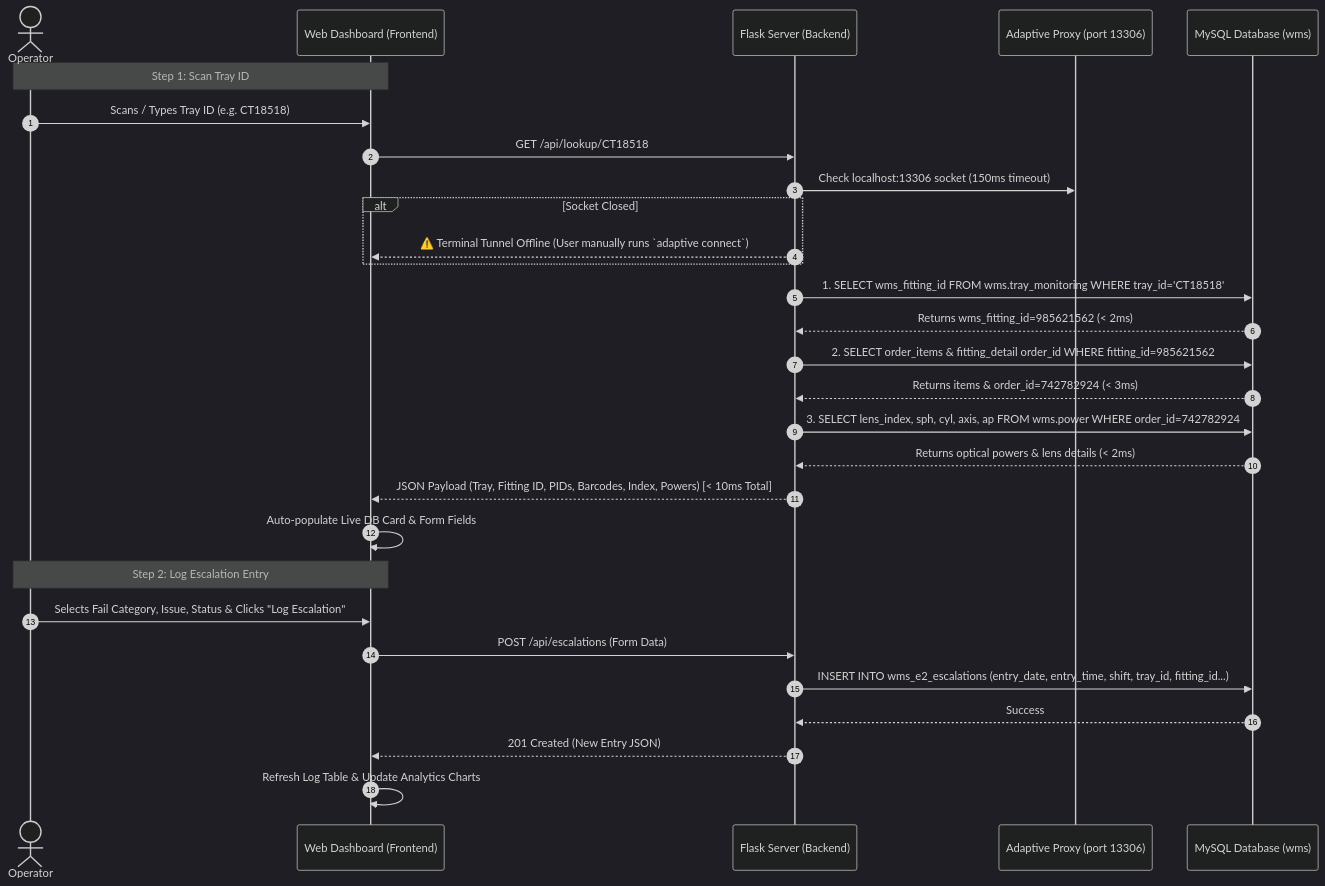
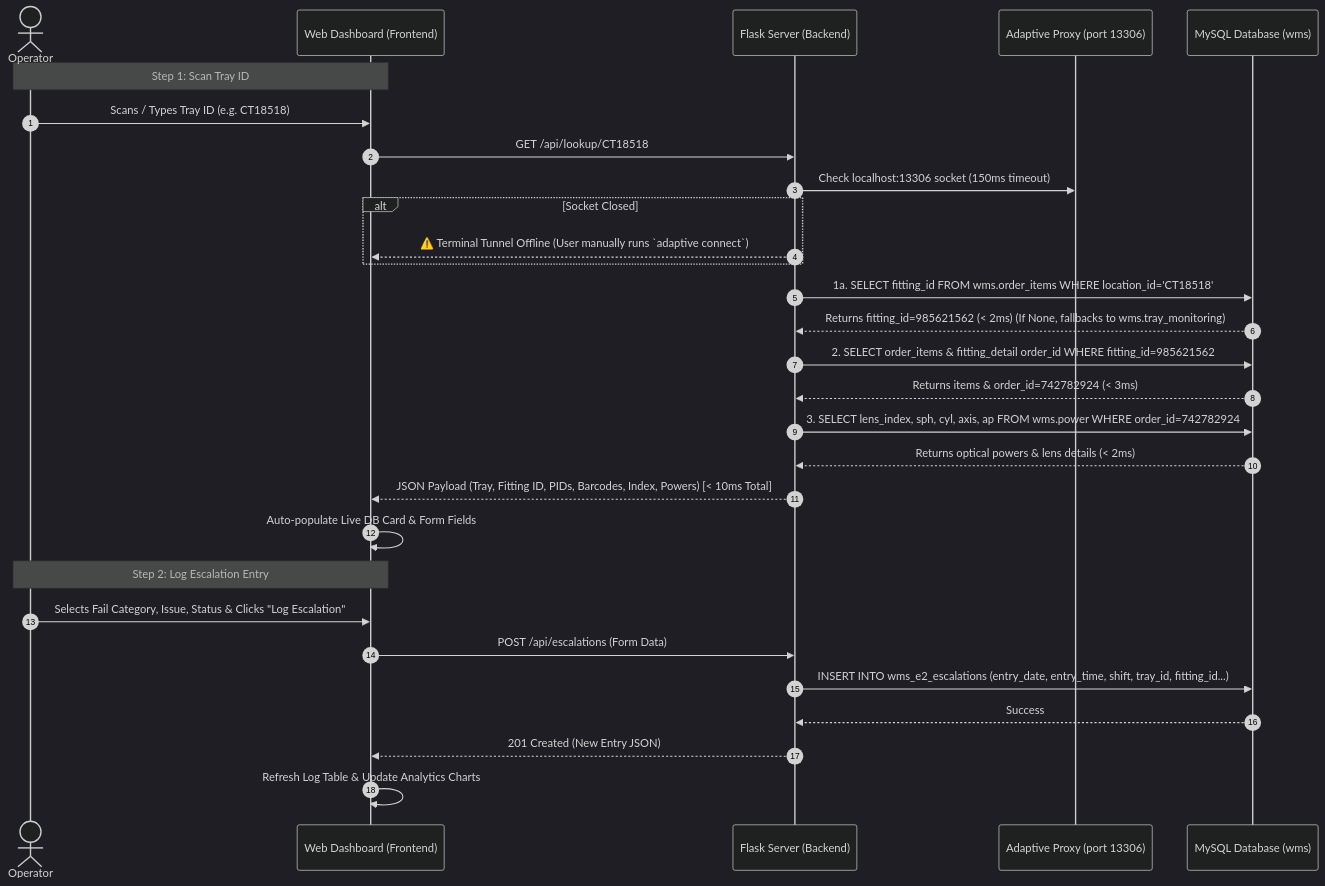
The second of 2 diagrams in architecture.md (aishwary-bangre/mei-e2-dashboard), drawn with Mermaid (dark theme) before and after one commit. The commit also changed other lines of this file and 6 other files, not shown here.

````diff
--- a/architecture.md
+++ b/architecture.md
@@ -84,35 +85,35 @@
 ```mermaid
 sequenceDiagram
     autonumber
     actor Operator
     participant UI as Web Dashboard (Frontend)
     participant Flask as Flask Server (Backend)
     participant Proxy as Adaptive Proxy (port 13306)
     participant MySQL as MySQL Database (wms)
 
     Note over Operator, UI: Step 1: Scan Tray ID
     Operator->>UI: Scans / Types Tray ID (e.g. CT18518)
     UI->>Flask: GET /api/lookup/CT18518
     Flask->>Proxy: Check localhost:13306 socket (150ms timeout)
     alt Socket Closed
         Flask-->>UI: ⚠️ Terminal Tunnel Offline (User manually runs `adaptive connect`)
     end
     
-    Flask->>MySQL: 1. SELECT wms_fitting_id FROM wms.tray_monitoring WHERE tray_id='CT18518'
-    MySQL-->>Flask: Returns wms_fitting_id=985621562 (< 2ms)
+    Flask->>MySQL: 1a. SELECT fitting_id FROM wms.order_items WHERE location_id='CT18518'
+    MySQL-->>Flask: Returns fitting_id=985621562 (< 2ms) (If None, fallbacks to wms.tray_monitoring)
     Flask->>MySQL: 2. SELECT order_items & fitting_detail order_id WHERE fitting_id=985621562
     MySQL-->>Flask: Returns items & order_id=742782924 (< 3ms)
     Flask->>MySQL: 3. SELECT lens_index, sph, cyl, axis, ap FROM wms.power WHERE order_id=742782924
     MySQL-->>Flask: Returns optical powers & lens details (< 2ms)
     
     Flask-->>UI: JSON Payload (Tray, Fitting ID, PIDs, Barcodes, Index, Powers) [< 10ms Total]
     UI->>UI: Auto-populate Live DB Card & Form Fields
 
     Note over Operator, UI: Step 2: Log Escalation Entry
     Operator->>UI: Selects Fail Category, Issue, Status & Clicks "Log Escalation"
     UI->>Flask: POST /api/escalations (Form Data)
     Flask->>MySQL: INSERT INTO wms_e2_escalations (entry_date, entry_time, shift, tray_id, fitting_id...)
     MySQL-->>Flask: Success
     Flask-->>UI: 201 Created (New Entry JSON)
     UI->>UI: Refresh Log Table & Update Analytics Charts
 ```
````
